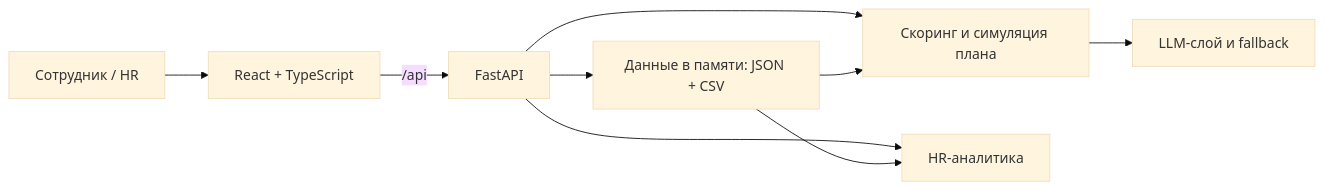
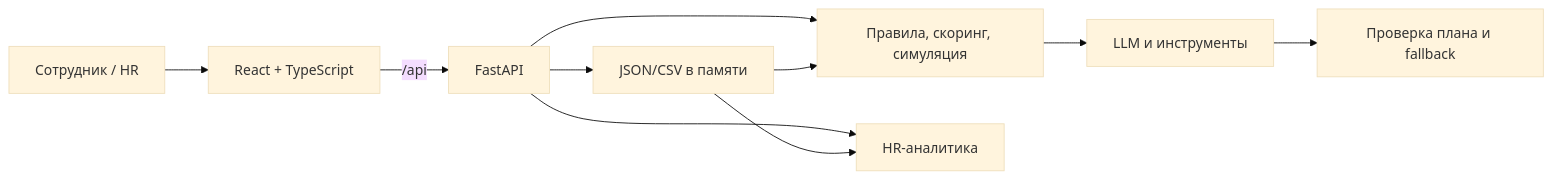
Before and after one commit to BAITC-Hacks/hack-5fe3ca84-baursaq: the diagram in README.md, drawn with Mermaid (base theme). The commit also changed other lines of this file and 6 other files, not shown here.

````diff
--- a/README.md
+++ b/README.md
@@ -69,11 +98,12 @@
 ```mermaid
 flowchart LR
-    U[Сотрудник / HR] --> F[React + TypeScript]
-    F -->|/api| API[FastAPI]
-    API --> Store[Данные в памяти: JSON + CSV]
-    API --> Engine[Скоринг и симуляция плана]
-    Engine --> Agent[LLM-слой и fallback]
+    User[Сотрудник / HR] --> UI[React + TypeScript]
+    UI -->|/api| API[FastAPI]
+    API --> Store[JSON/CSV в памяти]
+    API --> Engine[Правила, скоринг, симуляция]
+    Engine --> Agent[LLM и инструменты]
+    Agent --> Check[Проверка плана и fallback]
     API --> HR[HR-аналитика]
     Store --> Engine
     Store --> HR
 ```
````
